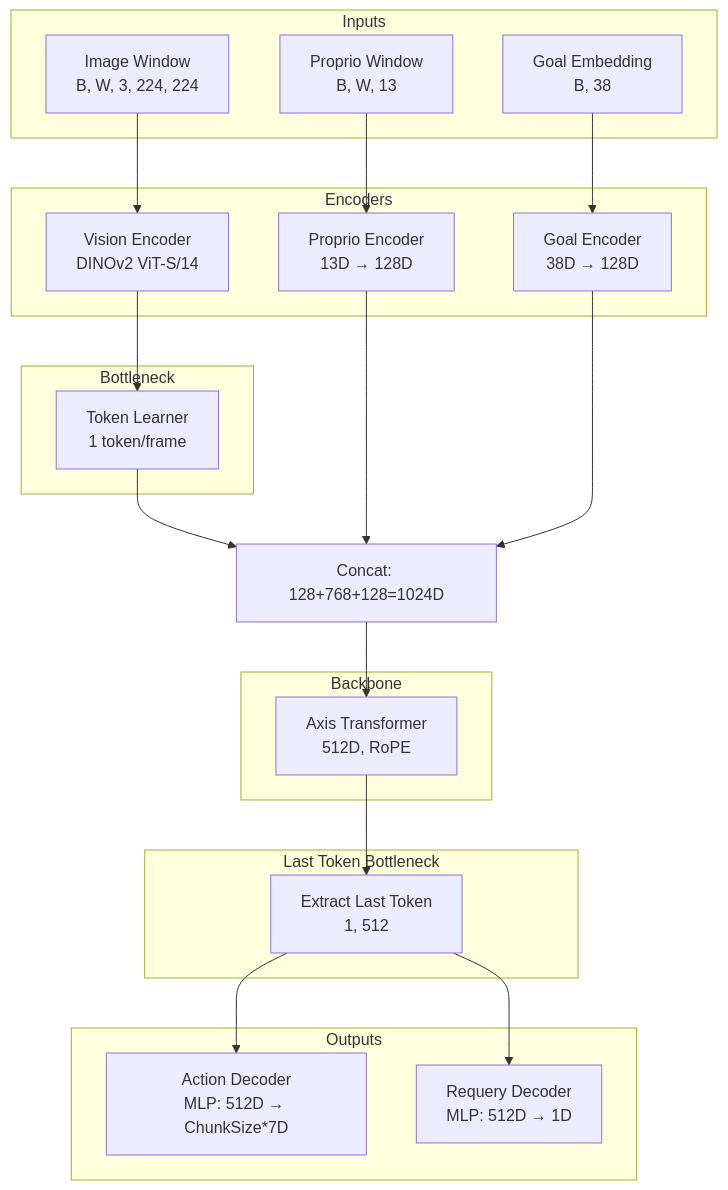
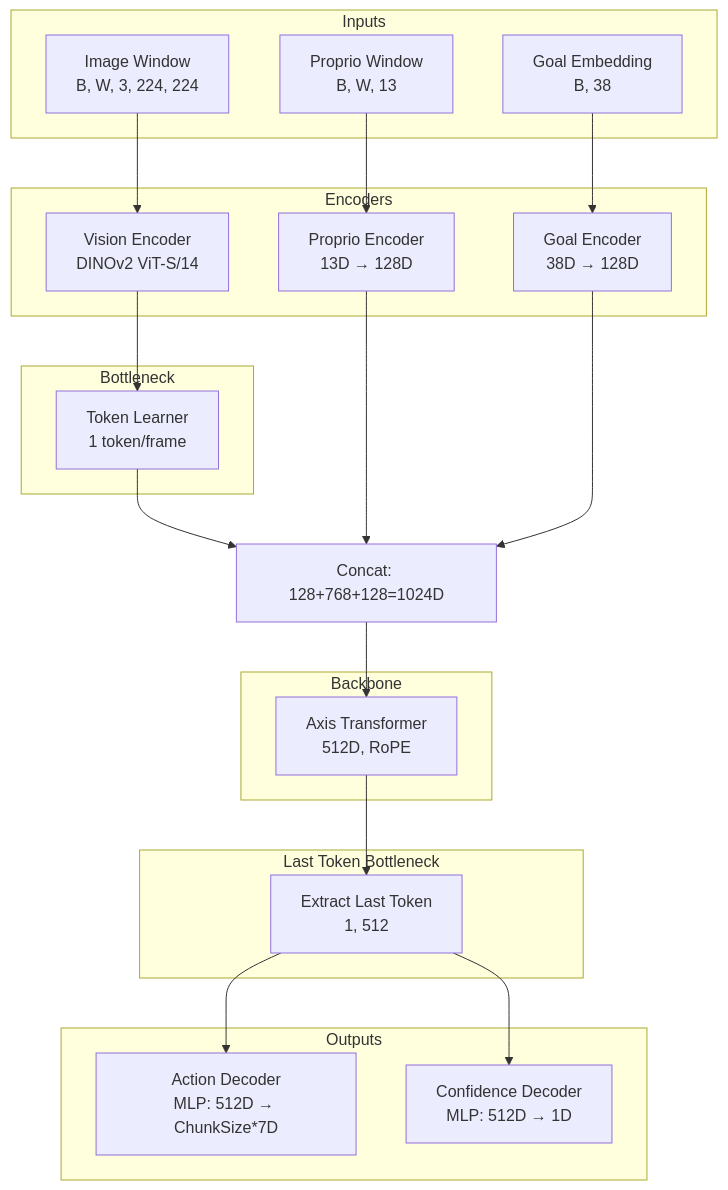
The diagram in docs/model_design.md (Thoooomas14/Axis), drawn with Mermaid before and after one commit. The commit also changed other lines of this file and 27 other files, not shown here.

````diff
--- a/docs/model_design.md
+++ b/docs/model_design.md
@@ -17,44 +17,44 @@
 ```mermaid
 graph TD
     subgraph Inputs
         Img[Image Window<br/>B, W, 3, 224, 224]
         Prop[Proprio Window<br/>B, W, 13]
         Goal[Goal Embedding<br/>B, 38]
     end
 
     subgraph Encoders
         VE[Vision Encoder<br/>DINOv2 ViT-S/14]
         PE[Proprio Encoder<br/>13D → 128D]
         GE[Goal Encoder<br/>38D → 128D]
     end
 
     subgraph Bottleneck
         TL[Token Learner<br/>1 token/frame]
     end
 
     subgraph Backbone
         T[Axis Transformer<br/>512D, RoPE]
     end
 
     subgraph "Last Token Bottleneck"
         LT[Extract Last Token<br/>1, 512]
     end
 
     subgraph Outputs
         AD[Action Decoder<br/>MLP: 512D → ChunkSize*7D]
-        RD[Requery Decoder<br/>MLP: 512D → 1D]
+        RD[Confidence Decoder<br/>MLP: 512D → 1D]
     end
 
     Img --> VE --> TL
     Prop --> PE
     Goal --> GE
     
     TL --> Concat
     PE --> Concat
     GE --> Concat
     Concat[Concat: 128+768+128=1024D] --> T
     
     T --> LT
     LT --> AD
     LT --> RD
 ```
````
